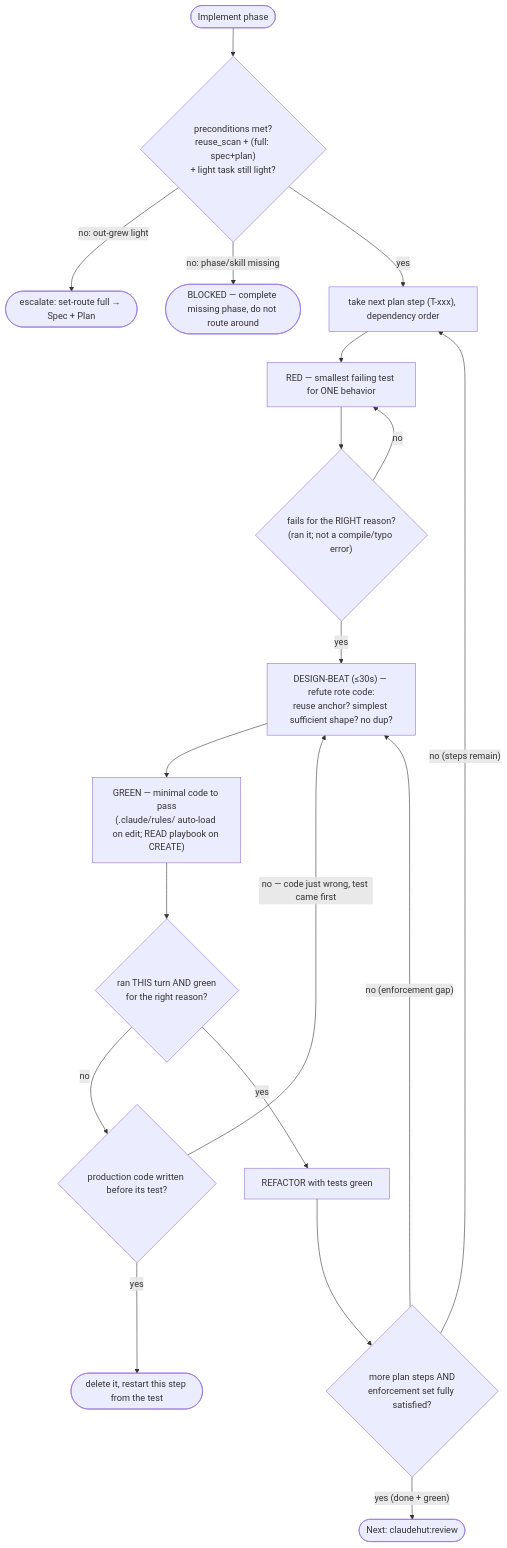
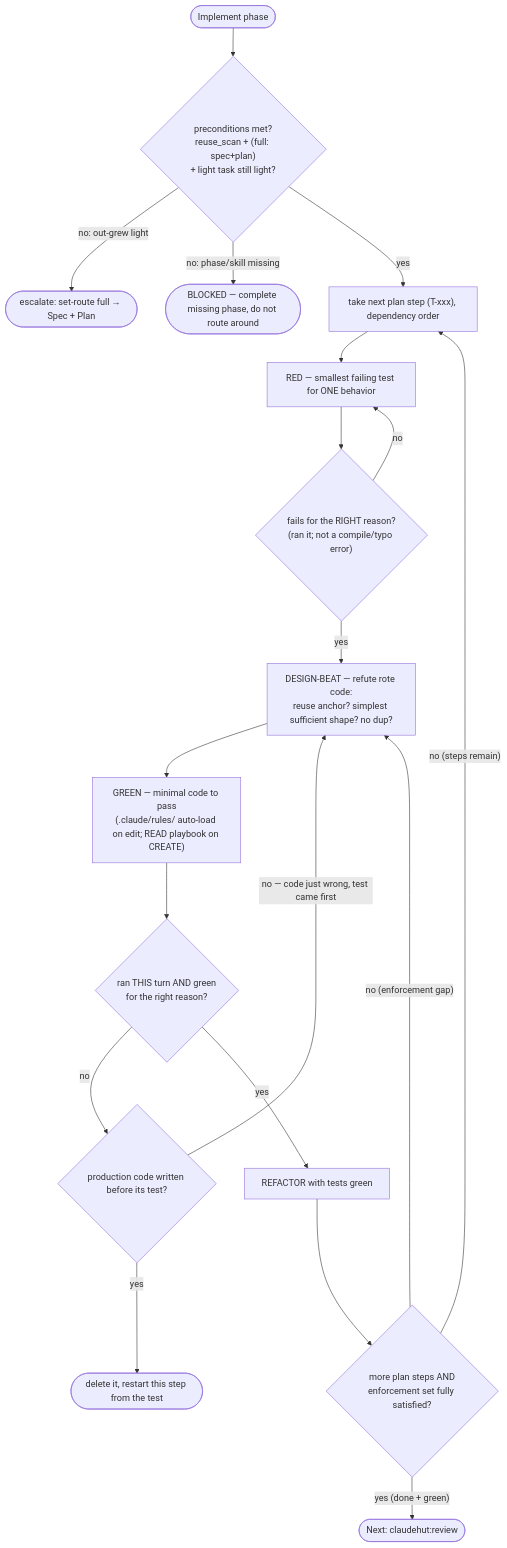
One commit to taipt1504/claudehut changed the diagram in skills/implement/SKILL.md. Above: the diagram before and after it, drawn with Mermaid. The commit also changed other lines of this file and 60 other files, not shown here.

````diff
--- a/skills/implement/SKILL.md
+++ b/skills/implement/SKILL.md
@@ -32,21 +32,21 @@
 ```mermaid
 flowchart TB
     start(["Implement phase"]) --> gate{"preconditions met?<br/>reuse_scan + (full: spec+plan)<br/>+ light task still light?"}
     gate -- "no: out-grew light" --> esc(["escalate: set-route full → Spec + Plan"])
     gate -- "no: phase/skill missing" --> esc2(["BLOCKED — complete missing phase, do not route around"])
     gate -- "yes" --> step["take next plan step (T-xxx), dependency order"]
     step --> red["RED — smallest failing test for ONE behavior"]
     red --> rr{"fails for the RIGHT reason?<br/>(ran it; not a compile/typo error)"}
     rr -- "no" --> red
-    rr -- "yes" --> beat["DESIGN-BEAT (≤30s) — refute rote code:<br/>reuse anchor? simplest sufficient shape? no dup?"]
+    rr -- "yes" --> beat["DESIGN-BEAT — refute rote code:<br/>reuse anchor? simplest sufficient shape? no dup?"]
     beat --> green["GREEN — minimal code to pass<br/>(.claude/rules/ auto-load on edit; READ playbook on CREATE)"]
     green --> ev{"ran THIS turn AND green<br/>for the right reason?"}
     ev -- "no" --> first{"production code written before its test?"}
     first -- "yes" --> del(["delete it, restart this step from the test"])
     first -- "no — code just wrong, test came first" --> beat
     ev -- "yes" --> refactor["REFACTOR with tests green"]
     refactor --> more{"more plan steps AND<br/>enforcement set fully satisfied?"}
     more -- "no (steps remain)" --> step
     more -- "no (enforcement gap)" --> beat
     more -- "yes (done + green)" --> done(["Next: claudehut:review"])
 ```
````
